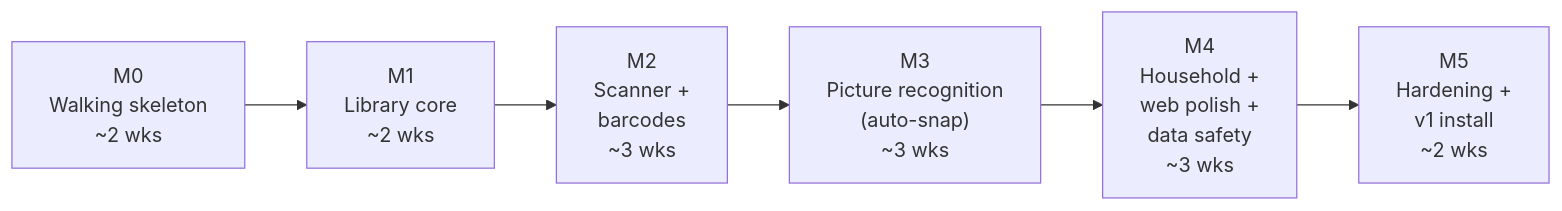
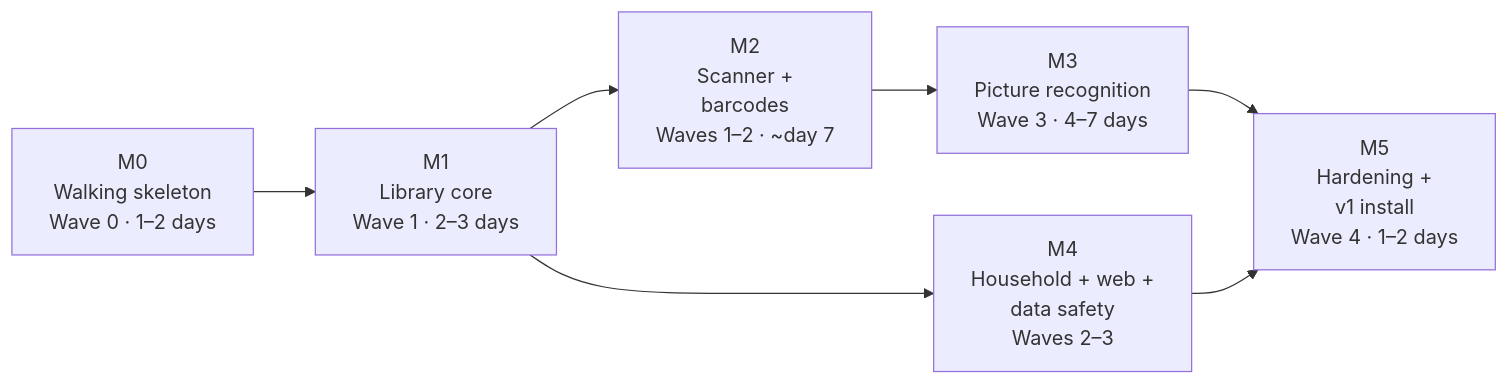
The diagram in docs/11-roadmap.md (coryfinnegan/CollectionMaxxing), drawn with Mermaid before and after one commit. The commit also changed other lines of this file and 8 other files, not shown here.

````diff
--- a/docs/11-roadmap.md
+++ b/docs/11-roadmap.md
@@ -5,8 +5,9 @@
 ```mermaid
 flowchart LR
-  M0["M0<br/>Walking skeleton<br/>~2 wks"] --> M1["M1<br/>Library core<br/>~2 wks"]
-  M1 --> M2["M2<br/>Scanner +<br/>barcodes<br/>~3 wks"]
-  M2 --> M3["M3<br/>Picture recognition<br/>(auto-snap)<br/>~3 wks"]
-  M3 --> M4["M4<br/>Household +<br/>web polish +<br/>data safety<br/>~3 wks"]
-  M4 --> M5["M5<br/>Hardening +<br/>v1 install<br/>~2 wks"]
+  M0["M0<br/>Walking skeleton<br/>Wave 0 · 1–2 days"] --> M1["M1<br/>Library core<br/>Wave 1 · 2–3 days"]
+  M1 --> M2["M2<br/>Scanner +<br/>barcodes<br/>Waves 1–2 · ~day 7"]
+  M2 --> M3["M3<br/>Picture recognition<br/>Wave 3 · 4–7 days"]
+  M1 --> M4["M4<br/>Household + web +<br/>data safety<br/>Waves 2–3"]
+  M3 --> M5["M5<br/>Hardening +<br/>v1 install<br/>Wave 4 · 1–2 days"]
+  M4 --> M5
 ```
````
